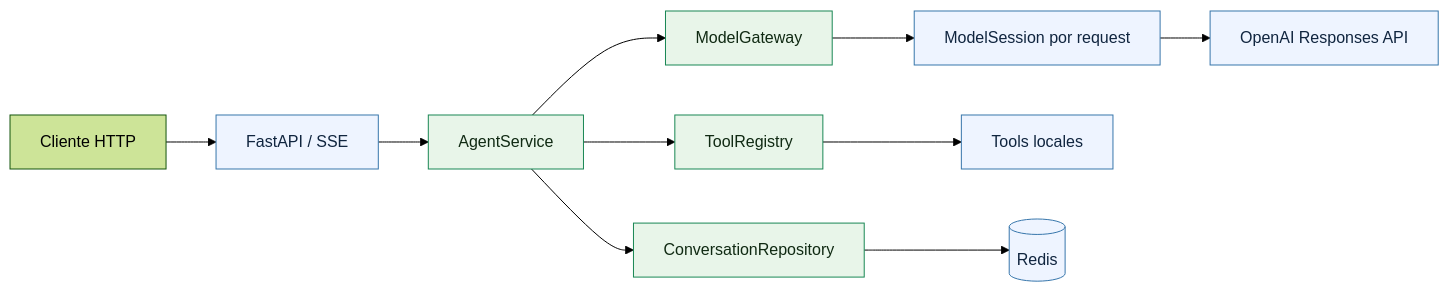
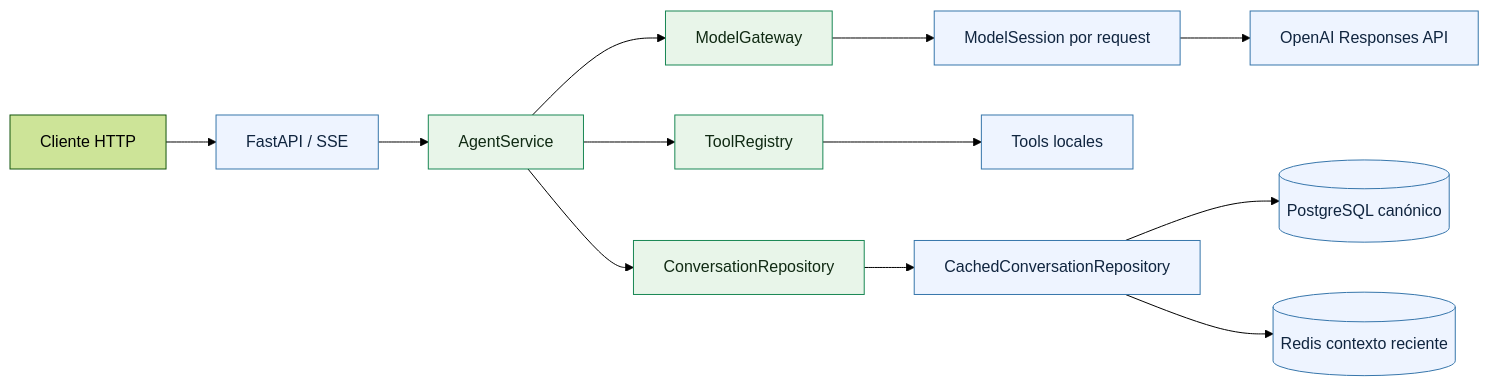
Before and after one commit to SergioReyesM24/TesseraFlow: the first of 2 diagrams in README.md, drawn with Mermaid (forest theme). The commit also changed other lines of this file and 8 other files, not shown here.

Commit message:
Add PostgreSQL conversation storage and Redis cache

````diff
--- a/README.md
+++ b/README.md
@@ -116,17 +119,19 @@
 ```mermaid
 flowchart LR
     Client[Cliente HTTP] --> API[FastAPI / SSE]
     API --> Service[AgentService]
     Service --> Gateway[ModelGateway]
     Gateway --> Session[ModelSession por request]
     Session --> OpenAI[OpenAI Responses API]
     Service --> Registry[ToolRegistry]
     Registry --> Tools[Tools locales]
     Service --> Repository[ConversationRepository]
-    Repository --> Redis[(Redis)]
+    Repository --> Cached[CachedConversationRepository]
+    Cached --> PostgreSQL[(PostgreSQL canónico)]
+    Cached --> Redis[(Redis contexto reciente)]
 
     classDef core fill:#e8f5e9,stroke:#198754,color:#102a13
     classDef adapter fill:#eef4ff,stroke:#3776ab,color:#10253f
     class Service,Gateway,Registry,Repository core
-    class API,Session,OpenAI,Tools,Redis adapter
+    class API,Session,OpenAI,Tools,Cached,PostgreSQL,Redis adapter
 ```
````
